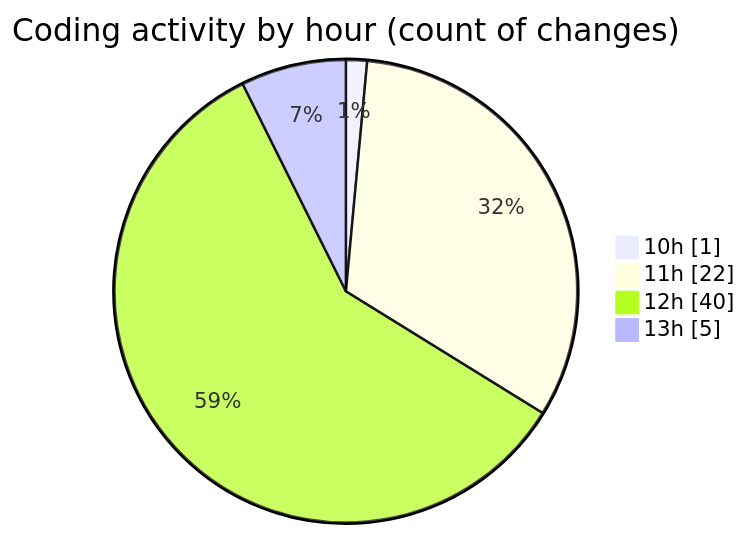
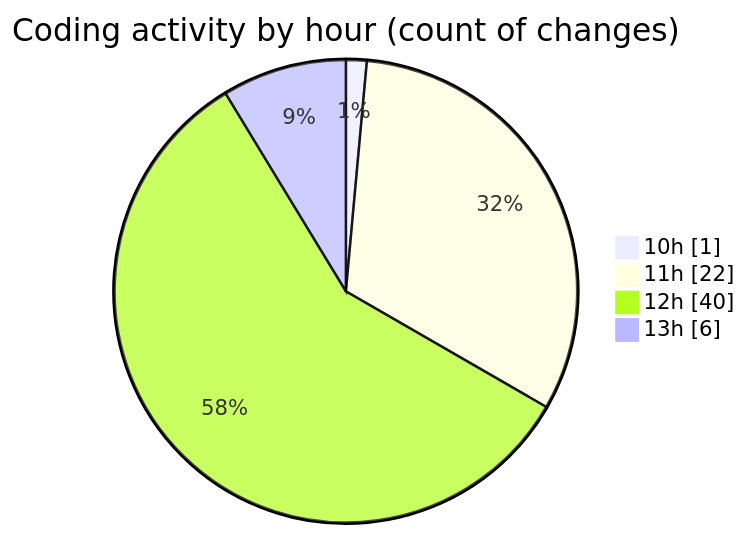
The second of 2 diagrams in 2025-07-27/nxtqube_webapp/README.md (nxtqubesakshisongat/code-tracking), drawn with Mermaid before and after one commit. The commit also changed other lines of this file and 1 other file, not shown here.

````diff
--- a/2025-07-27/nxtqube_webapp/README.md
+++ b/2025-07-27/nxtqube_webapp/README.md
@@ -33,8 +34,8 @@
 ```mermaid
 pie showData
 title Coding activity by hour (count of changes)
 "10h" : 1
 "11h" : 22
 "12h" : 40
-"13h" : 5
+"13h" : 6
 ```
````
